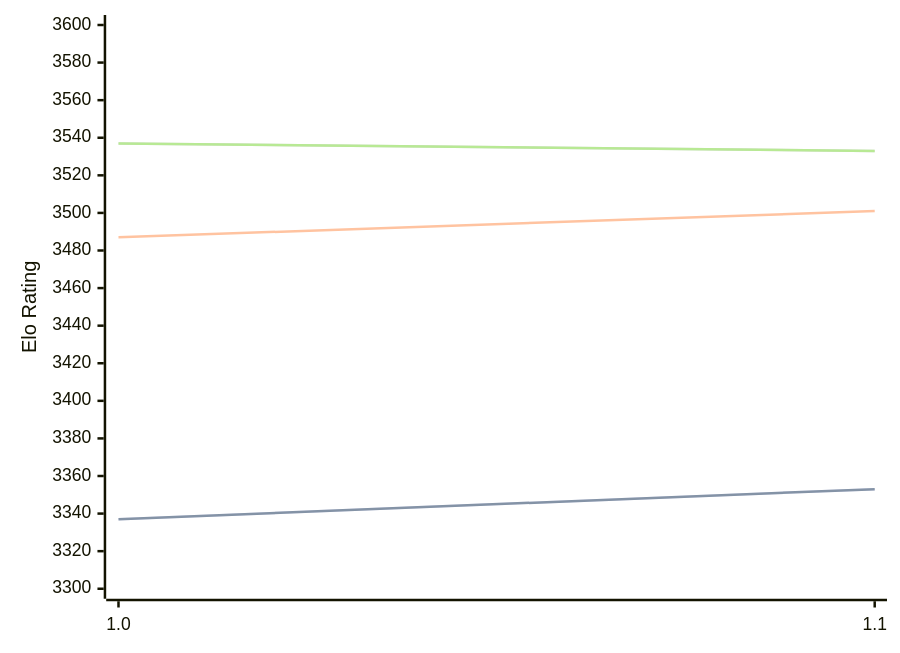
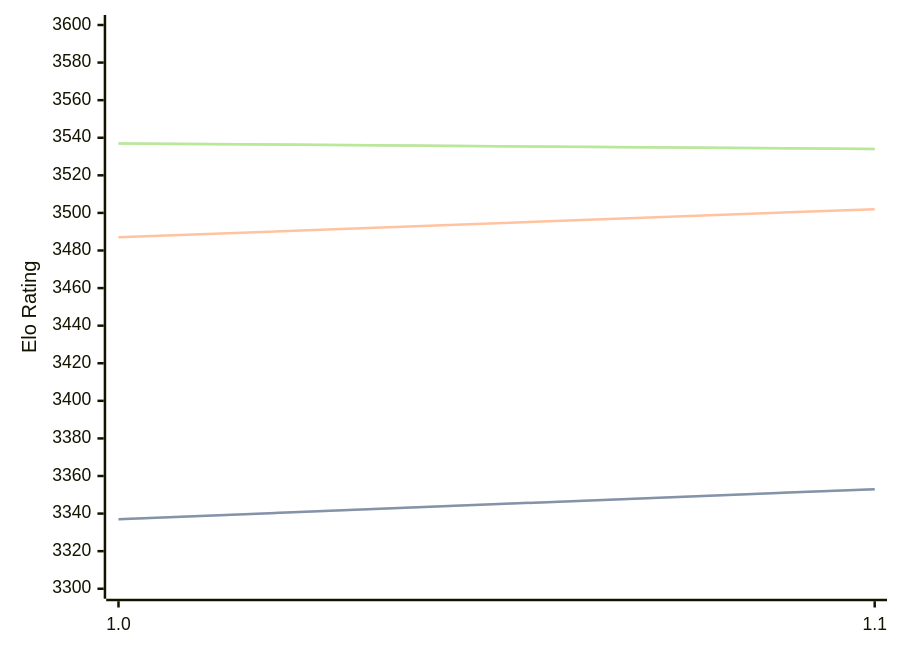
One commit to computer-chess-index/cci changed the diagram in engines/Horsie.md. Above: the diagram before and after it, drawn with Mermaid. The commit also changed other lines of this file, not shown here.

Commit message:
Update CCI Ratings (ELO VLTC) - 2026-09-04

````diff
--- a/engines/Horsie.md
+++ b/engines/Horsie.md
@@ -32,11 +32,11 @@
 ```mermaid
 %%{init: {"theme":"base","themeVariables":{"seriesColors:['#a3a3a3','#222221','#faa371']}}}%%
 xychart-beta
   x-axis ["1.0", "1.1"]
   y-axis "Elo Rating" 3300 --> 3600
   line "" [3337, 3353]
   line "STC (8.0+0.08s)" [3337, 3353]
-  line "LTC (60.0+0.60s)" [3487, 3501]
-  line "" [3537, 3533]
-  line "VLTC (2m24s+1.12s)" [3537, 3533]
+  line "LTC (60.0+0.60s)" [3487, 3502]
+  line "" [3537, 3534]
+  line "VLTC (2m24s+1.12s)" [3537, 3534]
 ```
````
